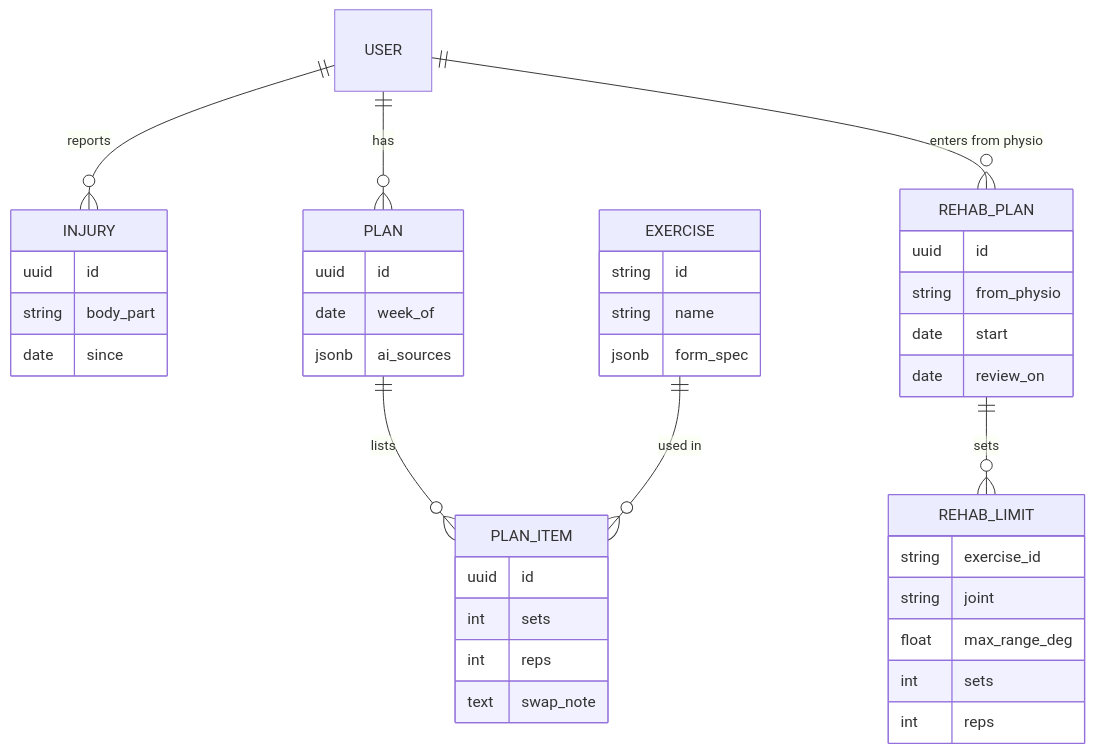
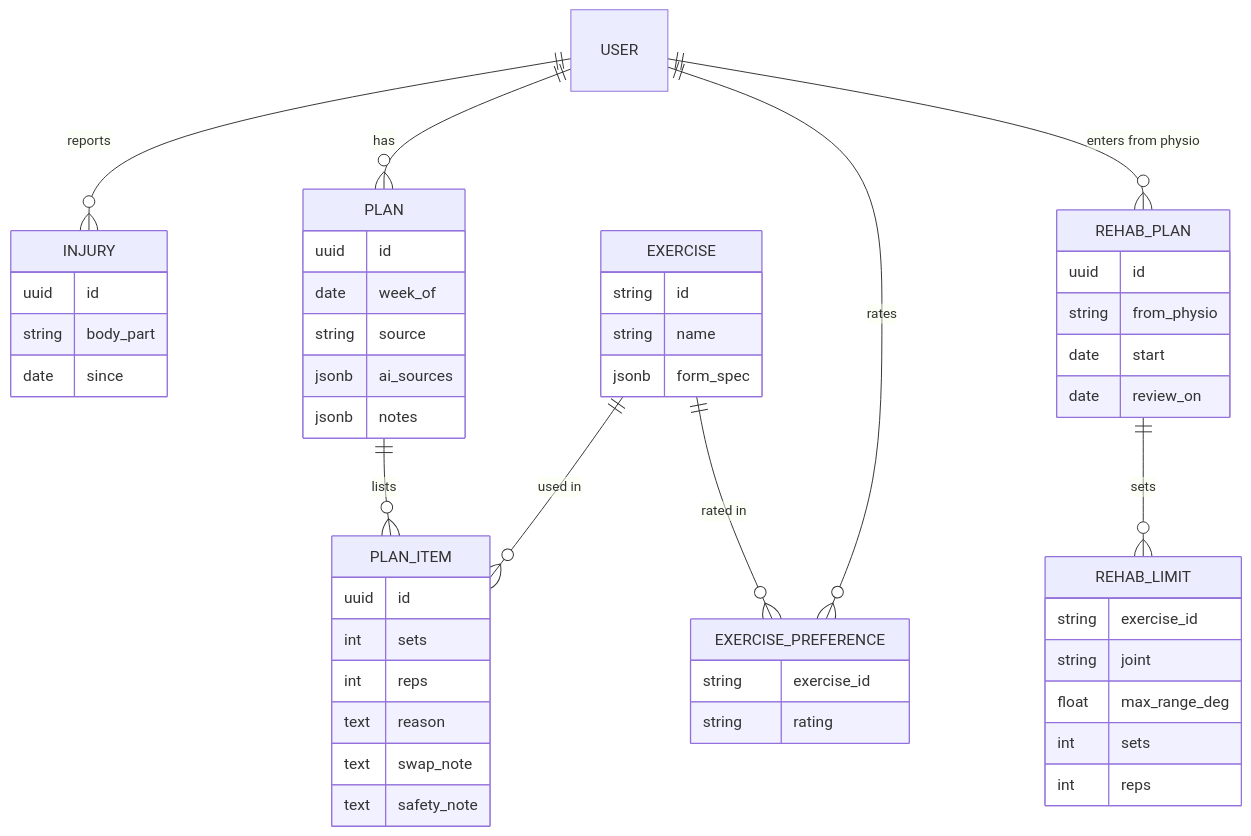
One commit to Del0m/KnightHacks2026 changed the ninth of 17 diagrams in Architecture.md. Above: the diagram before and after it, drawn with Mermaid. The commit also changed other lines of this file and 14 other files, not shown here.

First line of the commit message:
AI-12 + BE-08: RAG planner with six-week history, preferences and code safety check

````diff
--- a/Architecture.md
+++ b/Architecture.md
@@ -479,15 +479,18 @@
 ```mermaid
 erDiagram
     USER ||--o{ INJURY : "reports"
     USER ||--o{ PLAN : "has"
     PLAN ||--o{ PLAN_ITEM : "lists"
     EXERCISE ||--o{ PLAN_ITEM : "used in"
+    USER ||--o{ EXERCISE_PREFERENCE : "rates"
+    EXERCISE ||--o{ EXERCISE_PREFERENCE : "rated in"
     USER ||--o{ REHAB_PLAN : "enters from physio"
     REHAB_PLAN ||--o{ REHAB_LIMIT : "sets"
     REHAB_PLAN { uuid id string from_physio date start date review_on }
     REHAB_LIMIT { string exercise_id string joint float max_range_deg int sets int reps }
     INJURY { uuid id string body_part date since }
-    PLAN { uuid id date week_of jsonb ai_sources }
-    PLAN_ITEM { uuid id int sets int reps text swap_note }
+    PLAN { uuid id date week_of string source jsonb ai_sources jsonb notes }
+    PLAN_ITEM { uuid id int sets int reps text reason text swap_note text safety_note }
+    EXERCISE_PREFERENCE { string exercise_id string rating }
     EXERCISE { string id string name jsonb form_spec }
 ```
````
